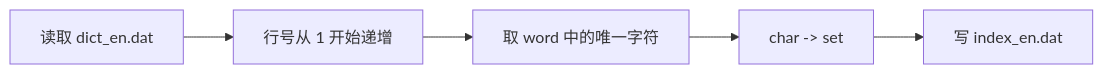
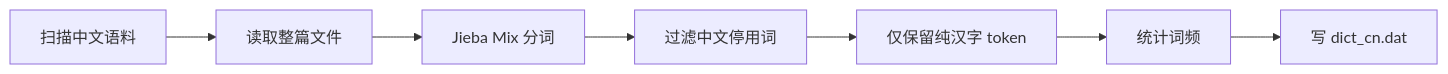
Before and after one commit to dijk4tra/Cpp_Advanced: the third of 10 diagrams in 课件/07_搜索引擎项目/02_SearchEngine_V2/README.md, drawn with Mermaid. The commit also changed other lines of this file and 16 other files, not shown here.

````diff
--- a/课件/07_搜索引擎项目/02_SearchEngine_V2/README.md
+++ b/课件/07_搜索引擎项目/02_SearchEngine_V2/README.md
@@ -353,7 +323,9 @@
 ```mermaid
 flowchart LR
-    A[读取 dict_en.dat] --> B[行号从 1 开始递增]
-    B --> C[取 word 中的唯一字符]
-    C --> D[char -> set<lineNo>]
-    D --> E[写 index_en.dat]
+    A[扫描中文语料] --> B[读取整篇文件]
+    B --> C[Jieba Mix 分词]
+    C --> D[过滤中文停用词]
+    D --> E[仅保留纯汉字 token]
+    E --> F[统计词频]
+    F --> G[写 dict_cn.dat]
 ```
````
